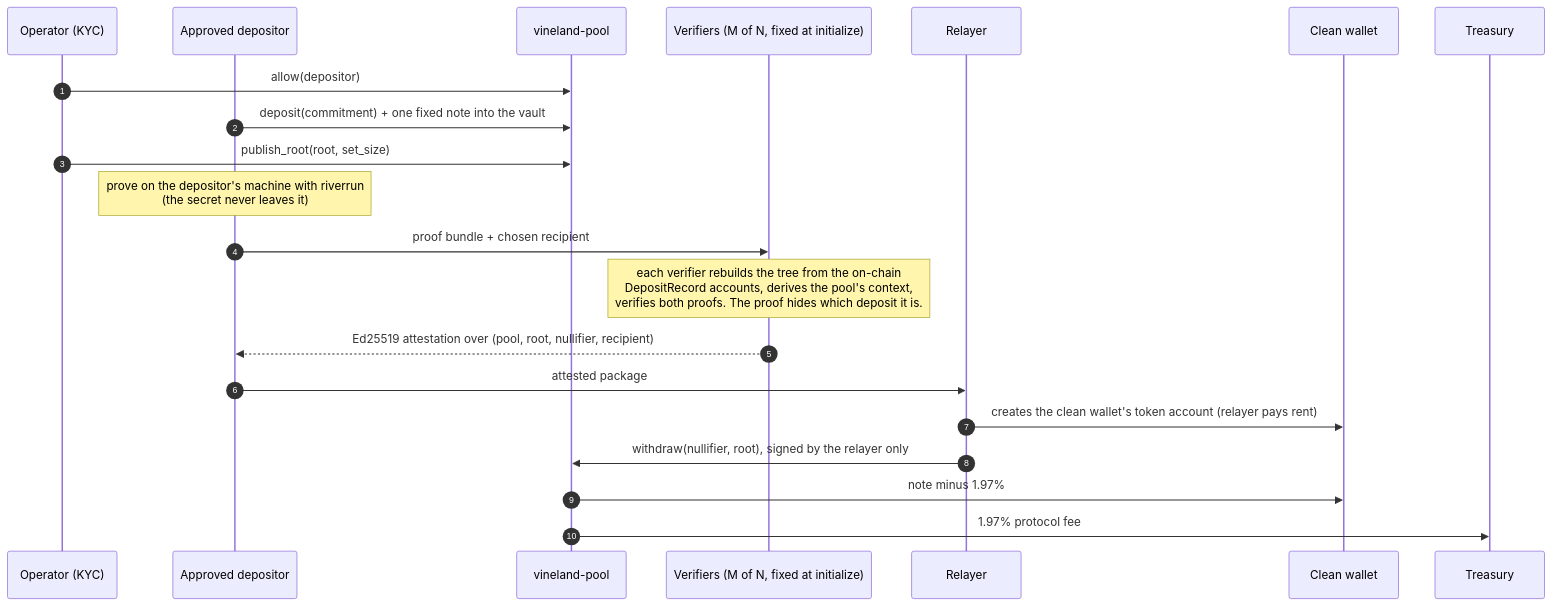
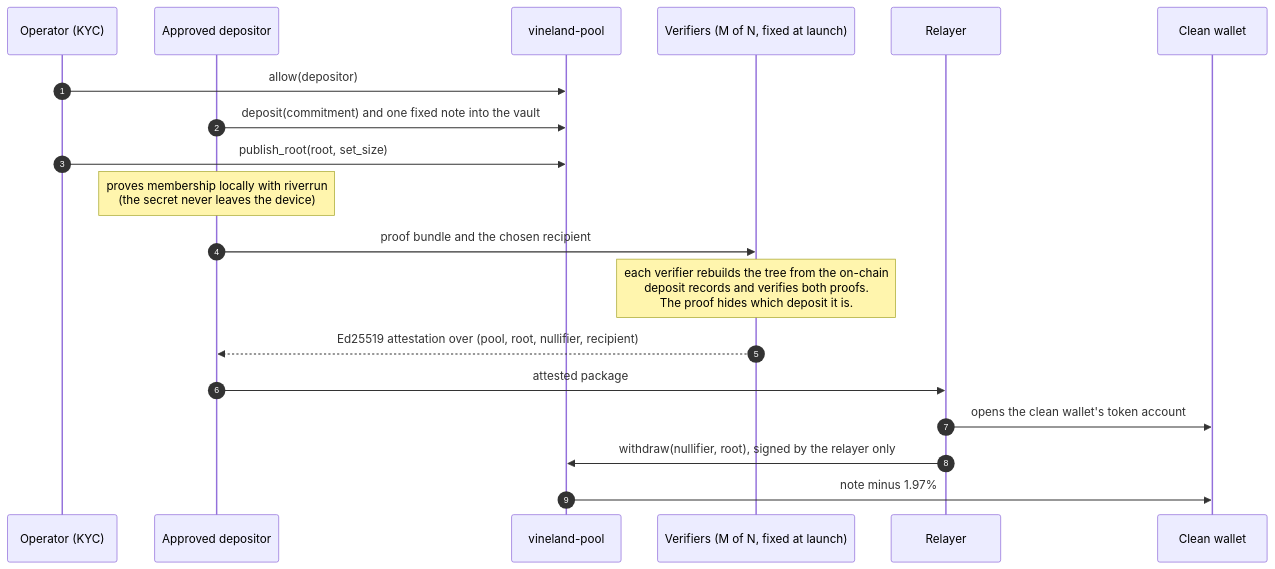
The diagram in README.md (Galmanus/vineland-sol), drawn with Mermaid before and after one commit. The commit also changed other lines of this file, not shown here.

````diff
--- a/README.md
+++ b/README.md
@@ -32,23 +87,21 @@
 ```mermaid
 sequenceDiagram
     autonumber
     participant Op as Operator (KYC)
     participant D as Approved depositor
     participant P as vineland-pool
-    participant V as Verifiers (M of N, fixed at initialize)
+    participant V as Verifiers (M of N, fixed at launch)
     participant R as Relayer
     participant W as Clean wallet
-    participant T as Treasury
     Op->>P: allow(depositor)
-    D->>P: deposit(commitment) + one fixed note into the vault
+    D->>P: deposit(commitment) and one fixed note into the vault
     Op->>P: publish_root(root, set_size)
-    Note over D: prove on the depositor's machine with riverrun<br/>(the secret never leaves it)
-    D->>V: proof bundle + chosen recipient
-    Note over V: each verifier rebuilds the tree from the on-chain<br/>DepositRecord accounts, derives the pool's context,<br/>verifies both proofs. The proof hides which deposit it is.
+    Note over D: proves membership locally with riverrun<br/>(the secret never leaves the device)
+    D->>V: proof bundle and the chosen recipient
+    Note over V: each verifier rebuilds the tree from the on-chain<br/>deposit records and verifies both proofs.<br/>The proof hides which deposit it is.
     V-->>D: Ed25519 attestation over (pool, root, nullifier, recipient)
     D->>R: attested package
-    R->>W: creates the clean wallet's token account (relayer pays rent)
+    R->>W: opens the clean wallet's token account
     R->>P: withdraw(nullifier, root), signed by the relayer only
     P->>W: note minus 1.97%
-    P->>T: 1.97% protocol fee
 ```
````
